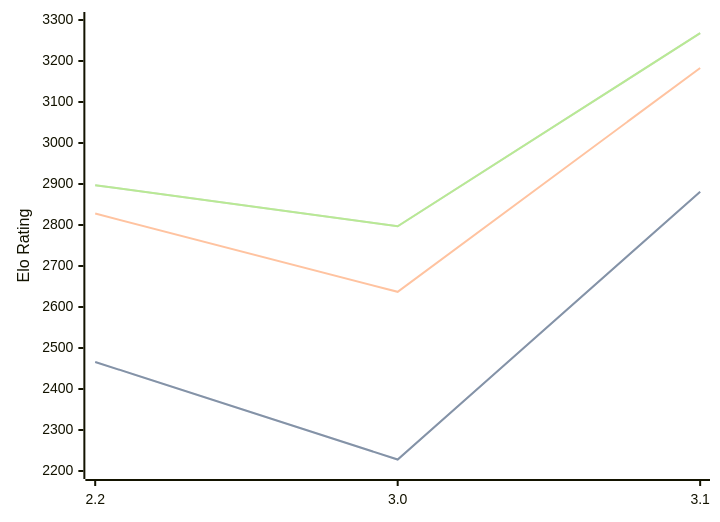
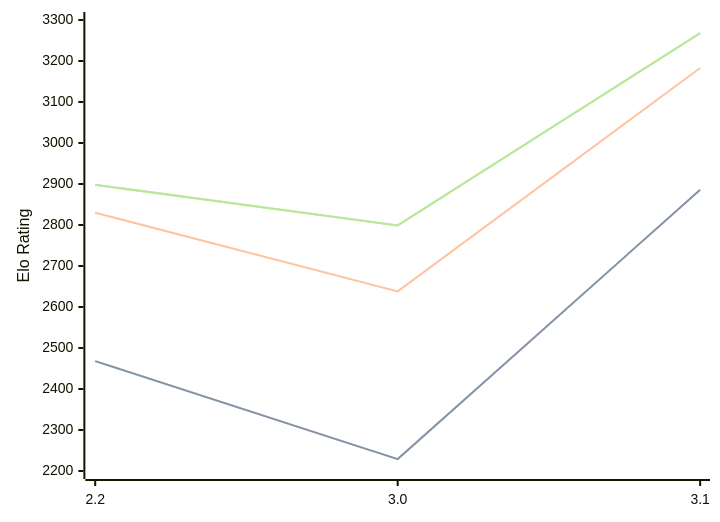
The diagram in engines/Thrawn.md (computer-chess-index/cci), drawn with Mermaid before and after one commit. The commit also changed other lines of this file, not shown here.

Commit message:
Update CCI Ratings (ELO VLTC) - 2026-08-26

````diff
--- a/engines/Thrawn.md
+++ b/engines/Thrawn.md
@@ -33,11 +33,11 @@
 ```mermaid
 %%{init: {"theme":"base","themeVariables":{"seriesColors:['#a3a3a3','#222221','#faa371']}}}%%
 xychart-beta
   x-axis ["2.2", "3.0", "3.1"]
   y-axis "Elo Rating" 2200 --> 3300
-  line "STC (8.0+0.08s)" [2466, 2228, 2881]
-  line "STC (8.0+0.08s)" [2466, 2228, 2881]
-  line "LTC (60.0+0.60s)" [2828, 2637, 3183]
-  line "VLTC (2m24s+1.12s)" [2897, 2797, 3268]
-  line "VLTC (2m24s+1.12s)" [2897, 2797, 3268]
+  line "STC (8.0+0.08s)" [2468, 2229, 2886]
+  line "STC (8.0+0.08s)" [2468, 2229, 2886]
+  line "LTC (60.0+0.60s)" [2830, 2638, 3183]
+  line "VLTC (2m24s+1.12s)" [2898, 2799, 3268]
+  line "VLTC (2m24s+1.12s)" [2898, 2799, 3268]
 ```
````
